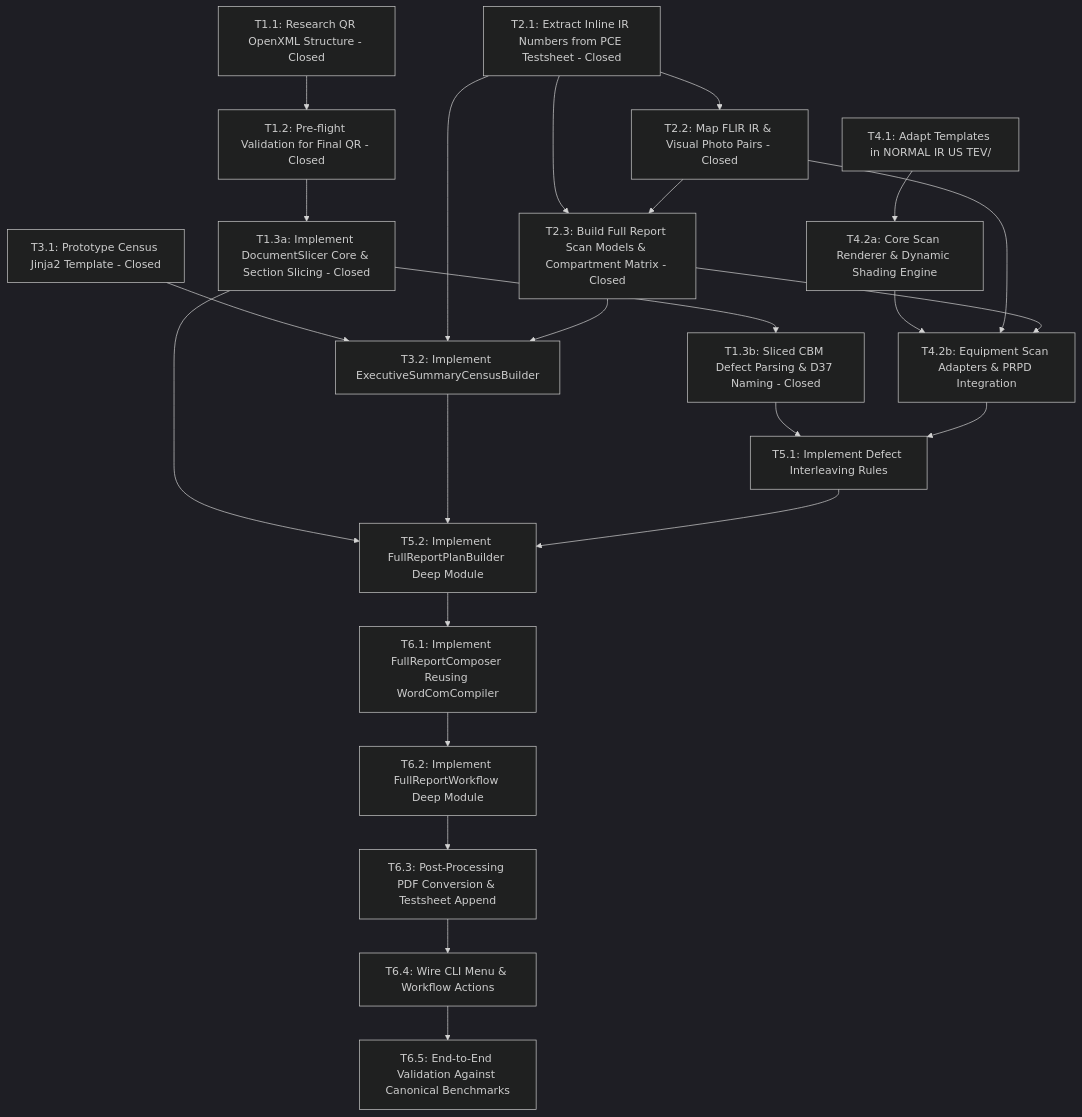
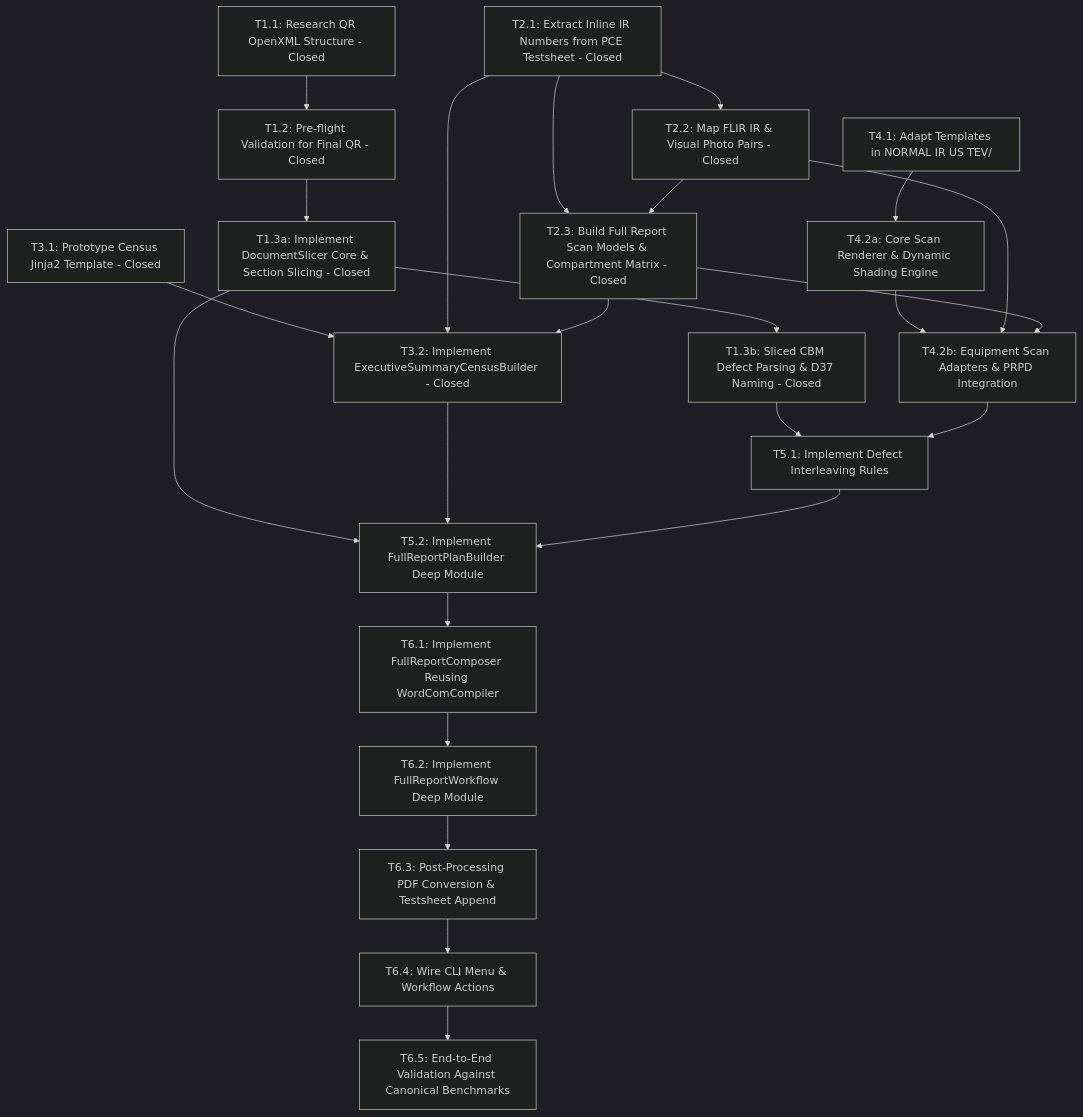
Before and after one commit to adamlarGit/pahang-cli: the diagram in .wayfinder/full-report-map/map.md, drawn with Mermaid (dark theme). The commit also changed other lines of this file and 1 other file, not shown here.

````diff
--- a/.wayfinder/full-report-map/map.md
+++ b/.wayfinder/full-report-map/map.md
@@ -125,32 +125,32 @@
 ```mermaid
 graph TD
     T1_1[T1.1: Research QR OpenXML Structure - Closed] --> T1_2[T1.2: Pre-flight Validation for Final QR - Closed]
     T1_2 --> T1_3a[T1.3a: Implement DocumentSlicer Core & Section Slicing - Closed]
     T1_3a --> T1_3b[T1.3b: Sliced CBM Defect Parsing & D37 Naming - Closed]
     
     T2_1[T2.1: Extract Inline IR Numbers from PCE Testsheet - Closed] --> T2_2[T2.2: Map FLIR IR & Visual Photo Pairs - Closed]
     T2_1 --> T2_3[T2.3: Build Full Report Scan Models & Compartment Matrix - Closed]
     T2_2 --> T2_3
     
-    T3_1[T3.1: Prototype Census Jinja2 Template - Closed] --> T3_2[T3.2: Implement ExecutiveSummaryCensusBuilder]
+    T3_1[T3.1: Prototype Census Jinja2 Template - Closed] --> T3_2[T3.2: Implement ExecutiveSummaryCensusBuilder - Closed]
     T2_1 --> T3_2
     T2_3 --> T3_2
     
     T4_1[T4.1: Adapt Templates in NORMAL IR US TEV/] --> T4_2a[T4.2a: Core Scan Renderer & Dynamic Shading Engine]
     T4_2a --> T4_2b[T4.2b: Equipment Scan Adapters & PRPD Integration]
     T2_2 --> T4_2b
     T2_3 --> T4_2b
     
     T1_3b --> T5_1[T5.1: Implement Defect Interleaving Rules]
     T4_2b --> T5_1
     
     T1_3a --> T5_2[T5.2: Implement FullReportPlanBuilder Deep Module]
     T3_2 --> T5_2
     T5_1 --> T5_2
     
     T5_2 --> T6_1[T6.1: Implement FullReportComposer Reusing WordComCompiler]
     T6_1 --> T6_2[T6.2: Implement FullReportWorkflow Deep Module]
     T6_2 --> T6_3[T6.3: Post-Processing PDF Conversion & Testsheet Append]
     T6_3 --> T6_4[T6.4: Wire CLI Menu & Workflow Actions]
     T6_4 --> T6_5[T6.5: End-to-End Validation Against Canonical Benchmarks]
 ```
````
